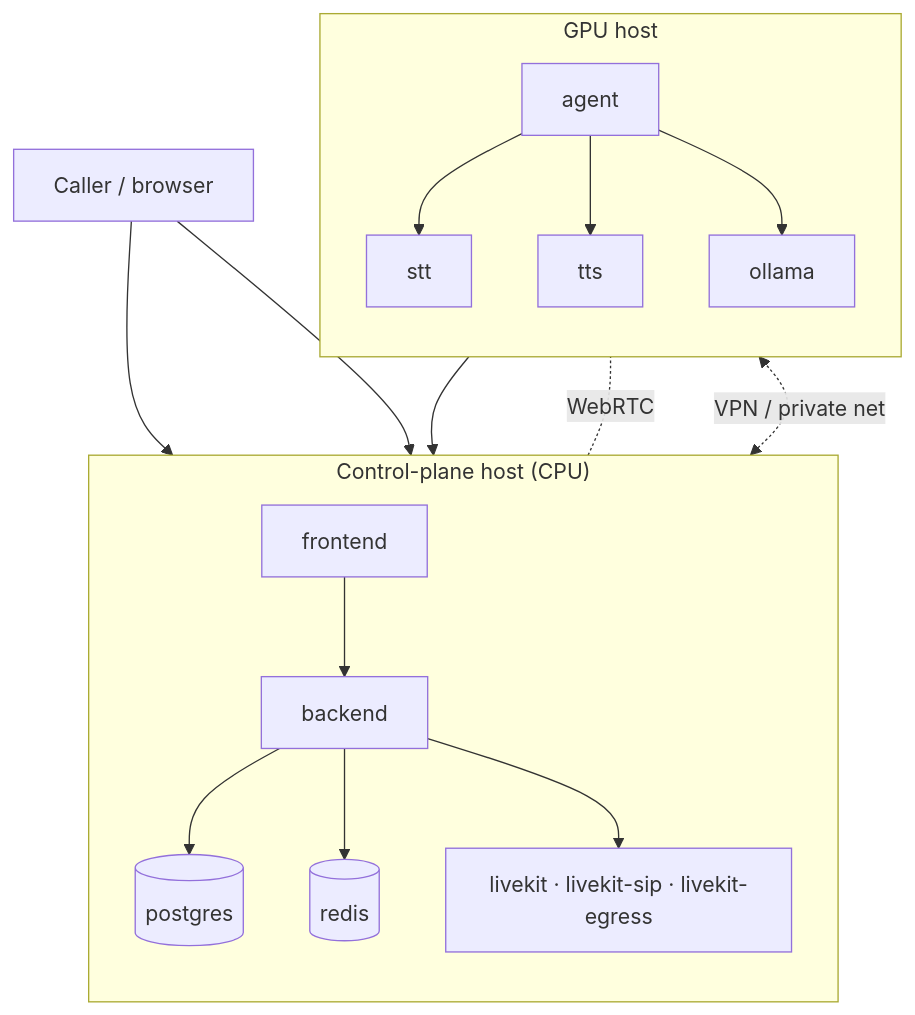
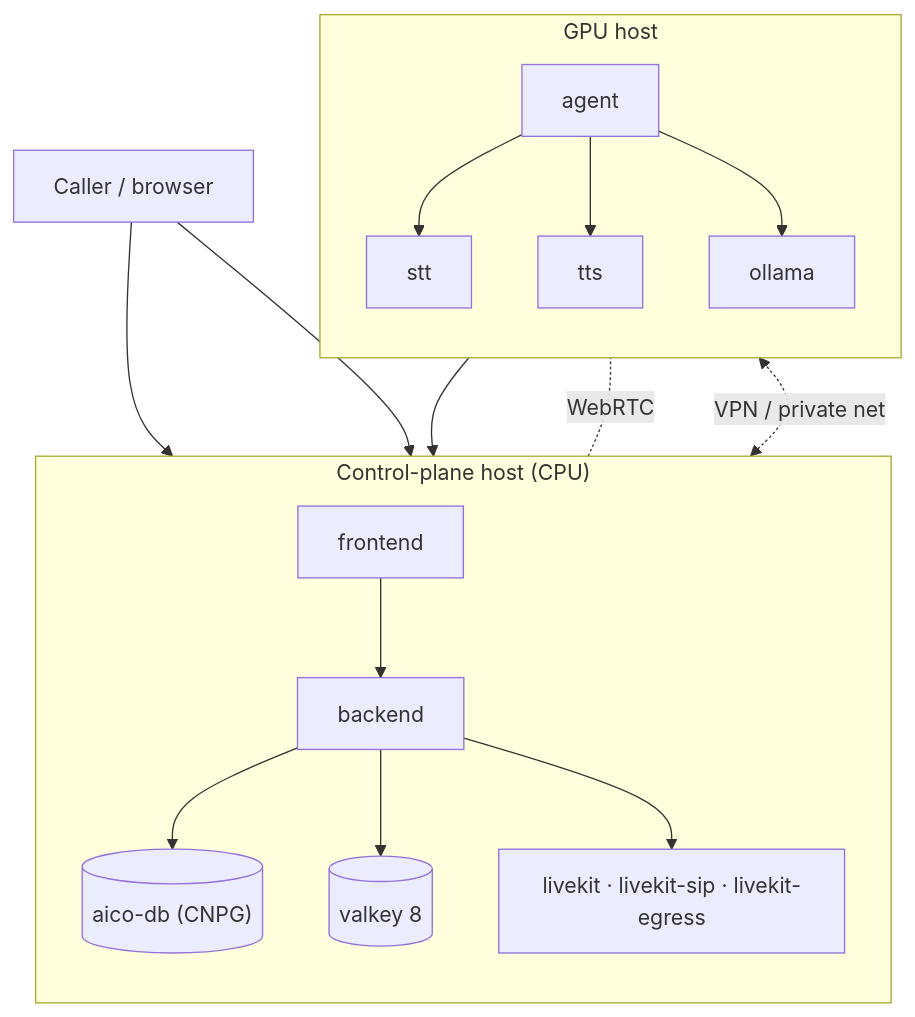
Before and after one commit to Aico-Systems/docs: the second of 2 diagrams in platform/deployment.mdx, drawn with Mermaid. The commit also changed other lines of this file and 2 other files, not shown here.

Commit message:
docs(platform): update architecture and deployment documentation for CNPG and Valkey integration

````diff
--- a/platform/deployment.mdx
+++ b/platform/deployment.mdx
@@ -48,33 +48,33 @@
 ```mermaid
 flowchart TB
     subgraph ControlPlane["Control-plane host (CPU)"]
         direction TB
         FE["frontend"]
         BE["backend"]
-        PG[("postgres")]
-        RD[("redis")]
+        PG[("aico-db (CNPG)")]
+        VK[("valkey 8")]
         LK["livekit · livekit-sip · livekit-egress"]
     end
 
     subgraph GPUHost["GPU host"]
         direction TB
         AGT["agent"]
         STT["stt"]
         TTS["tts"]
         OL["ollama"]
     end
 
     User["Caller / browser"] --> FE
     User --> LK
     FE --> BE
     BE --> PG
-    BE --> RD
+    BE --> VK
     BE --> LK
     AGT --> BE
     LK -. WebRTC .- AGT
     AGT --> STT
     AGT --> TTS
     AGT --> OL
 
     ControlPlane <-. VPN / private net .-> GPUHost
 ```
````
